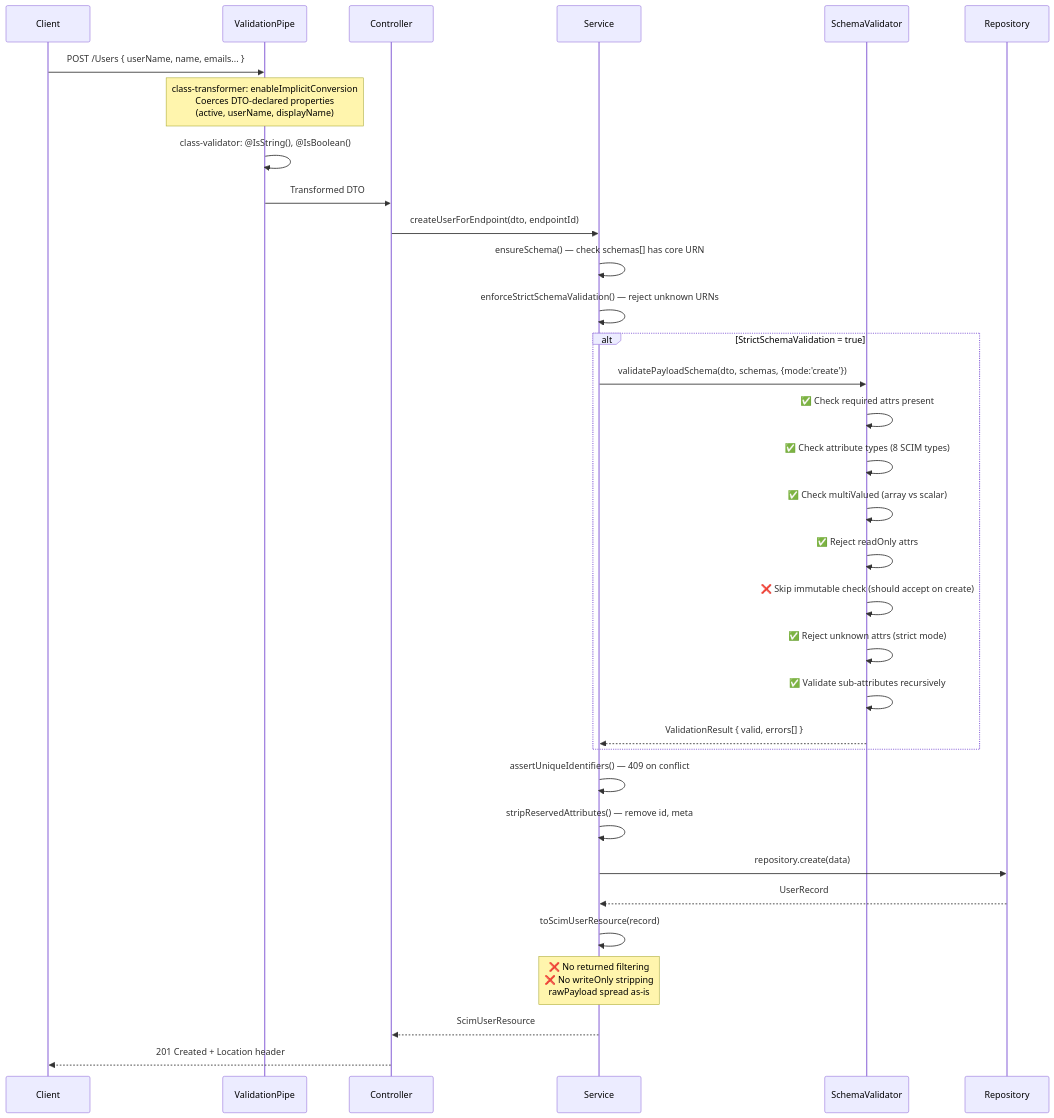
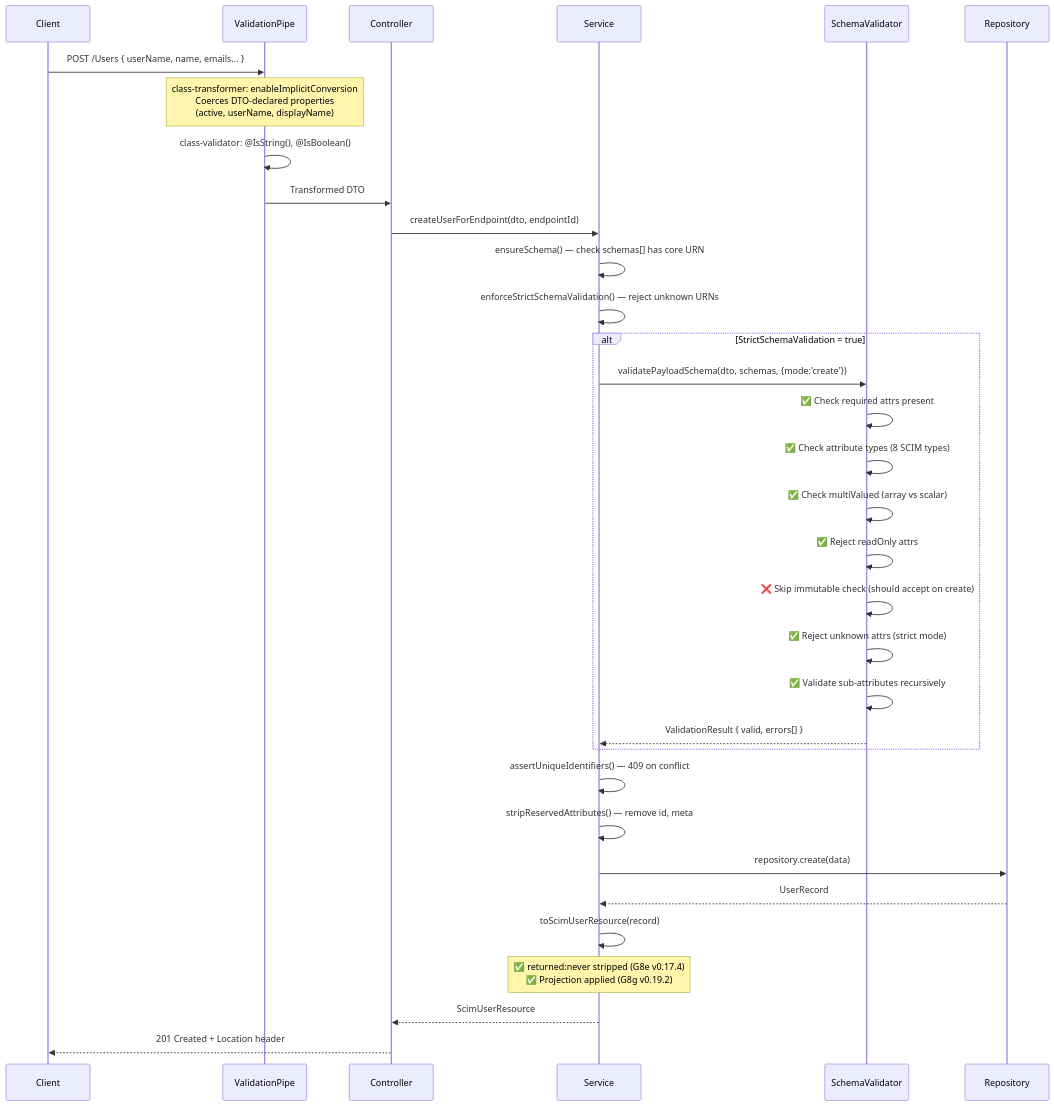
The eighth of 15 diagrams in docs/RFC_ATTRIBUTE_CHARACTERISTICS_ANALYSIS.md (pranems/SCIMServer), drawn with Mermaid before and after one commit. The commit also changed other lines of this file and 5 other files, not shown here.

````diff
--- a/docs/RFC_ATTRIBUTE_CHARACTERISTICS_ANALYSIS.md
+++ b/docs/RFC_ATTRIBUTE_CHARACTERISTICS_ANALYSIS.md
@@ -614,42 +615,42 @@
 ```mermaid
 sequenceDiagram
     participant C as Client
     participant VP as ValidationPipe
     participant CTRL as Controller
     participant SVC as Service
     participant SV as SchemaValidator
     participant DB as Repository
 
     C->>VP: POST /Users { userName, name, emails... }
     Note over VP: class-transformer: enableImplicitConversion<br/>Coerces DTO-declared properties<br/>(active, userName, displayName)
     VP->>VP: class-validator: @IsString(), @IsBoolean()
     VP->>CTRL: Transformed DTO
 
     CTRL->>SVC: createUserForEndpoint(dto, endpointId)
 
     SVC->>SVC: ensureSchema() — check schemas[] has core URN
     SVC->>SVC: enforceStrictSchemaValidation() — reject unknown URNs
 
     alt StrictSchemaValidation = true
         SVC->>SV: validatePayloadSchema(dto, schemas, {mode:'create'})
         SV->>SV: ✅ Check required attrs present
         SV->>SV: ✅ Check attribute types (8 SCIM types)
         SV->>SV: ✅ Check multiValued (array vs scalar)
         SV->>SV: ✅ Reject readOnly attrs
         SV->>SV: ❌ Skip immutable check (should accept on create)
         SV->>SV: ✅ Reject unknown attrs (strict mode)
         SV->>SV: ✅ Validate sub-attributes recursively
         SV-->>SVC: ValidationResult { valid, errors[] }
     end
 
     SVC->>SVC: assertUniqueIdentifiers() — 409 on conflict
     SVC->>SVC: stripReservedAttributes() — remove id, meta
     SVC->>DB: repository.create(data)
     DB-->>SVC: UserRecord
 
     SVC->>SVC: toScimUserResource(record)
-    Note over SVC: ❌ No returned filtering<br/>❌ No writeOnly stripping<br/>rawPayload spread as-is
+    Note over SVC: ✅ returned:never stripped (G8e v0.17.4)<br/>✅ Projection applied (G8g v0.19.2)
 
     SVC-->>CTRL: ScimUserResource
     CTRL-->>C: 201 Created + Location header
 ```
````
